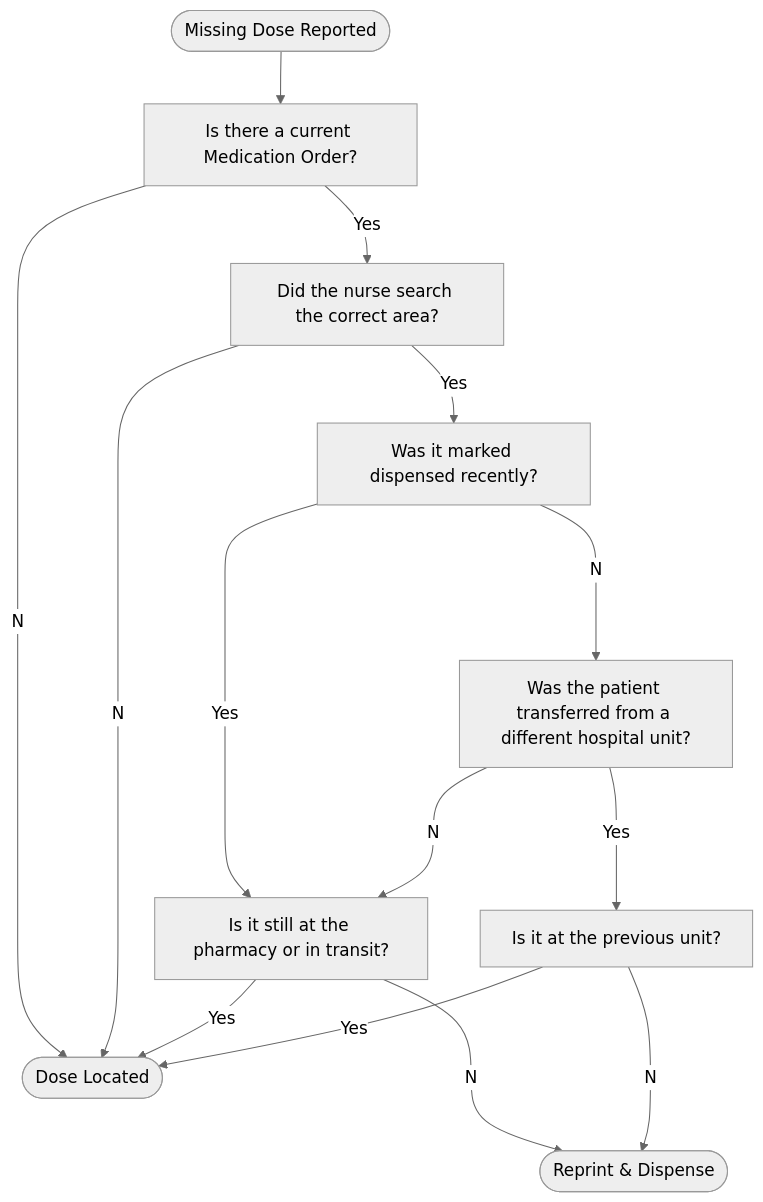
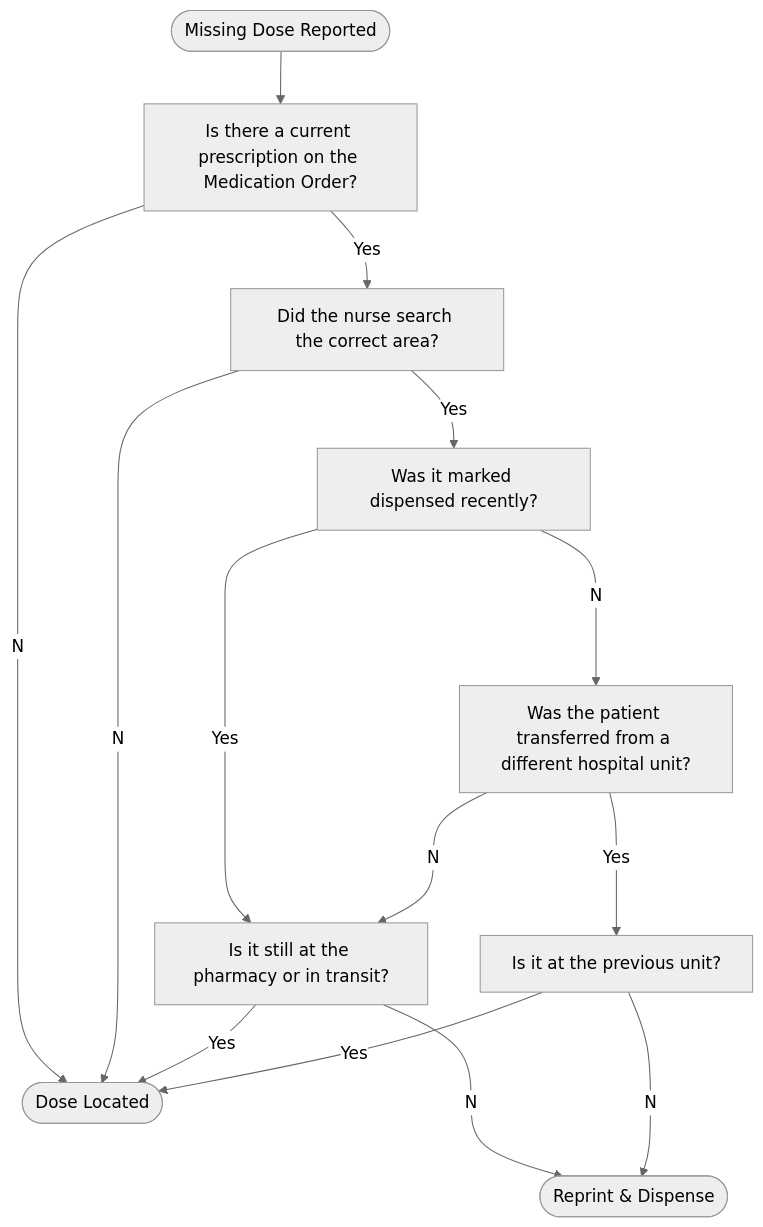
One commit to ctnava/rxtechnotes changed the diagram in sop/rx_fill.md. Above: the diagram before and after it, drawn with Mermaid (neutral theme). The commit also changed other lines of this file and 10 other files, not shown here.

````diff
--- a/sop/rx_fill.md
+++ b/sop/rx_fill.md
@@ -302,25 +302,25 @@
 ```mermaid
 graph TD;
   A(["`Missing Dose Reported`"]);
-  B["`Is there a current Medication Order?`"];
+  B["`Is there a current prescription on the Medication Order?`"];
   C["`Did the nurse search the correct area?`"];
   D["`Was it marked dispensed recently?`"];
   E["`Is it still at the pharmacy or in transit?`"];
   F["`Was the patient transferred from a different hospital unit?`"];
   G["`Is it at the previous unit?`"];
   Y(["`Reprint & Dispense`"]);
   Z(["`Dose Located`"])
   A-->B;
   B--Yes-->C;
   B--No-->Z;
   C--Yes-->D;
   C--No-->Z;
   D--Yes-->E;
   D--No-->F;
   E--No-->Y;
   E--Yes-->Z;
   F--No-->E;
   F--Yes-->G;
   G--Yes-->Z;
   G--No-->Y;
 ```
````
